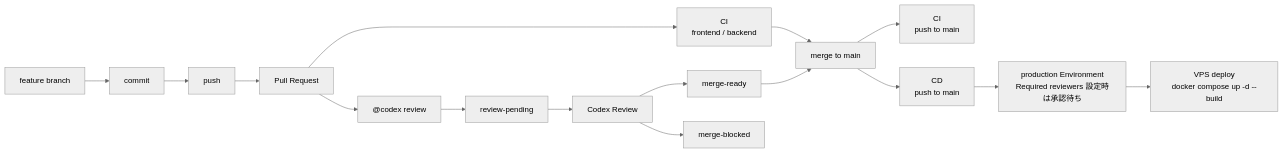
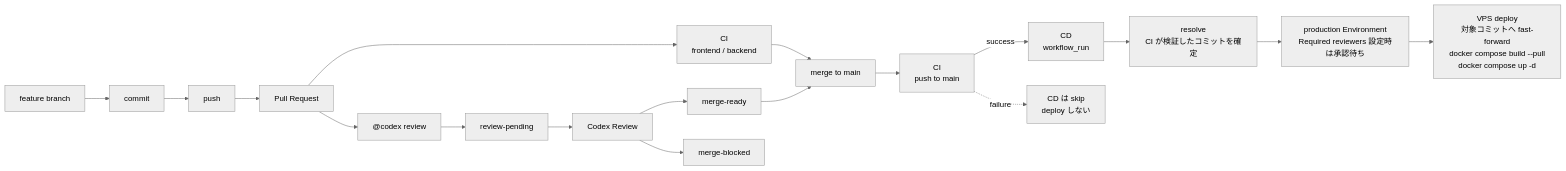
Before and after one commit to shin-arita/gotalk: the diagram in docs/ci-cd.md, drawn with Mermaid (neutral theme). The commit also changed other lines of this file and 5 other files, not shown here.

First line of the commit message:
ci: CD を CI の成功を条件にし、deploy 時に base image を pull する (#17)

````diff
--- a/docs/ci-cd.md
+++ b/docs/ci-cd.md
@@ -15,18 +15,20 @@
 ```mermaid
 flowchart LR
   Feature[feature branch] --> Commit[commit]
   Commit --> Push[push]
   Push --> PR[Pull Request]
   PR --> CI[CI<br/>frontend / backend]
   PR --> ReviewRequest["@codex review"]
   ReviewRequest --> ReviewPending[review-pending]
   ReviewPending --> Codex[Codex Review]
   Codex --> Ready[merge-ready]
   Codex --> Blocked[merge-blocked]
   Ready --> Merge[merge to main]
   CI --> Merge
   Merge --> CIMain[CI<br/>push to main]
-  Merge --> CD[CD<br/>push to main]
-  CD --> Approval[production Environment<br/>Required reviewers 設定時は承認待ち]
-  Approval --> VPS[VPS deploy<br/>docker compose up -d --build]
+  CIMain -->|success| CD[CD<br/>workflow_run]
+  CIMain -.->|failure| Skip[CD は skip<br/>deploy しない]
+  CD --> Resolve[resolve<br/>CI が検証したコミットを確定]
+  Resolve --> Approval[production Environment<br/>Required reviewers 設定時は承認待ち]
+  Approval --> VPS[VPS deploy<br/>対象コミットへ fast-forward<br/>docker compose build --pull<br/>docker compose up -d]
 ```
````
